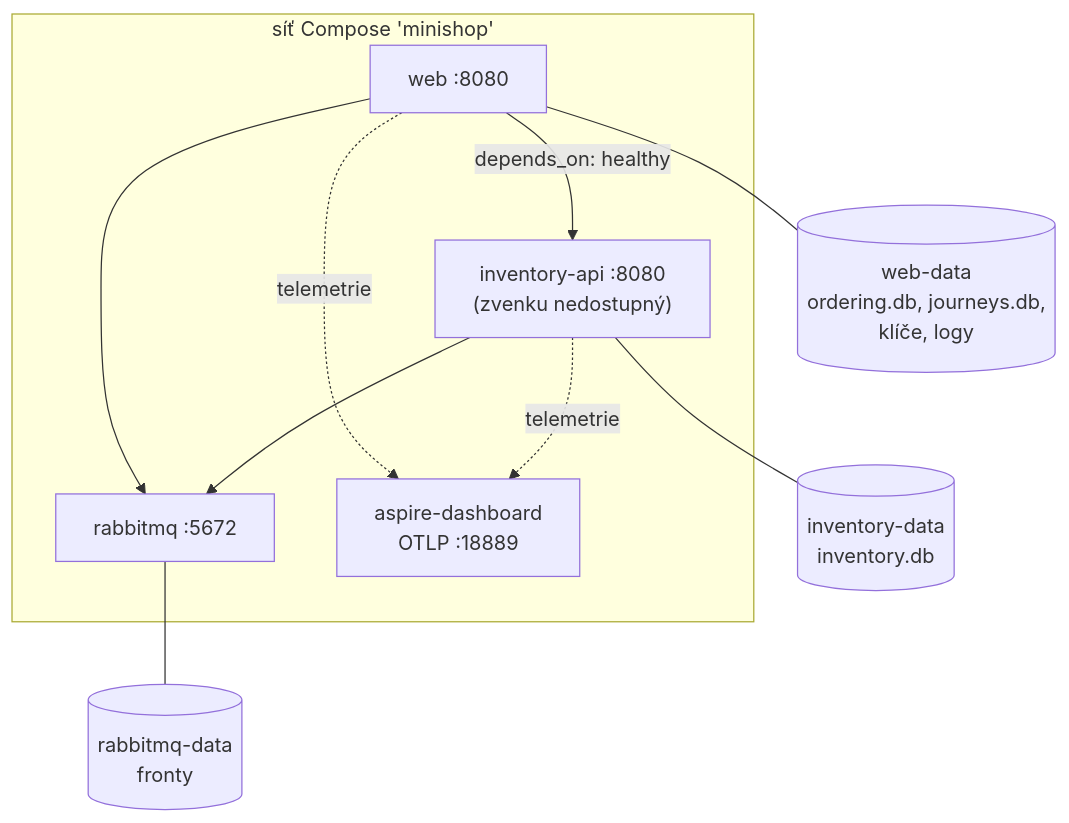
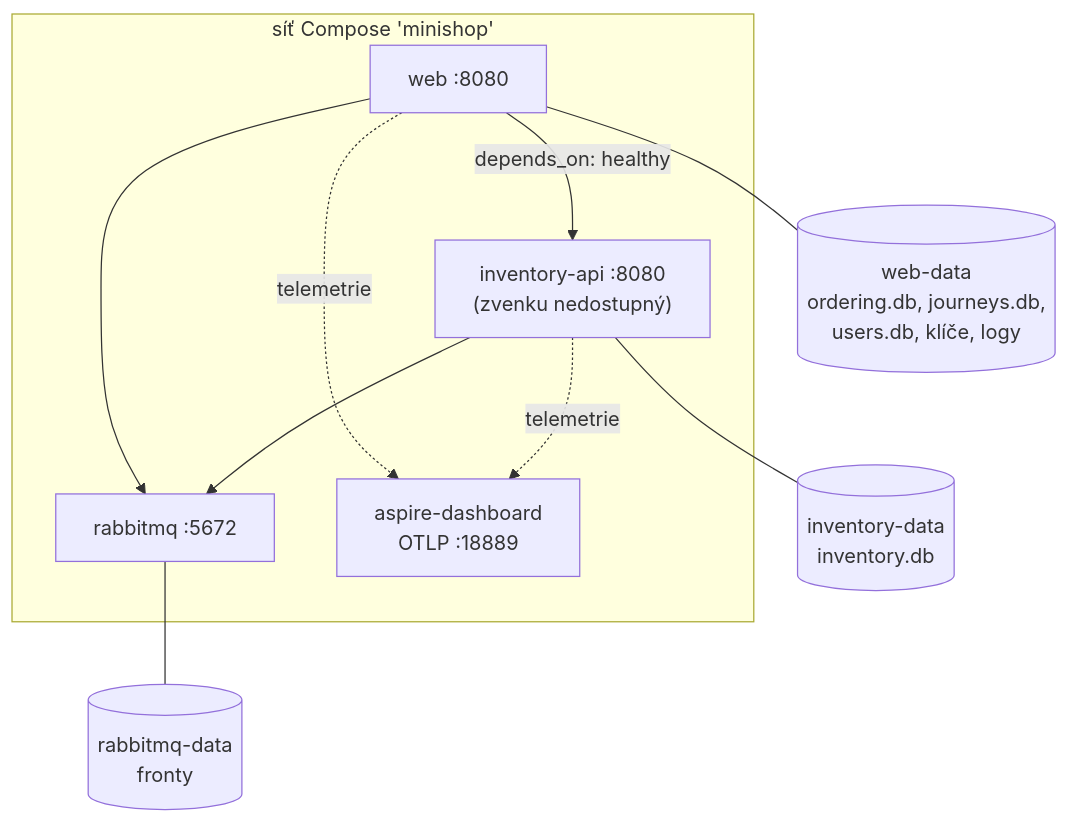
Before and after one commit to ftichy/MiniShop: the second of 2 diagrams in docs/prirucka/nasazeni/kontejnery.md, drawn with Mermaid. The commit also changed 34 other files, not shown here.

````diff
--- a/docs/prirucka/nasazeni/kontejnery.md
+++ b/docs/prirucka/nasazeni/kontejnery.md
@@ -43,20 +43,20 @@
 ```mermaid
 flowchart TB
     subgraph net["síť Compose 'minishop'"]
         web["web :8080"]
         inv["inventory-api :8080<br/>(zvenku nedostupný)"]
         mq["rabbitmq :5672"]
         dash["aspire-dashboard<br/>OTLP :18889"]
     end
-    wv[("web-data<br/>ordering.db, journeys.db,<br/>klíče, logy")]
+    wv[("web-data<br/>ordering.db, journeys.db,<br/>users.db, klíče, logy")]
     iv[("inventory-data<br/>inventory.db")]
     rv[("rabbitmq-data<br/>fronty")]
     web --- wv
     inv --- iv
     mq --- rv
     web -->|"depends_on: healthy"| inv
     web --> mq
     inv --> mq
     web -.->|telemetrie| dash
     inv -.->|telemetrie| dash
 ```
````
